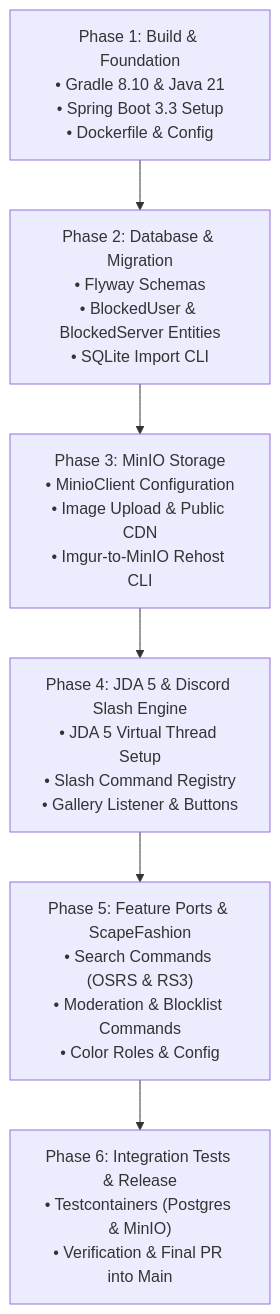
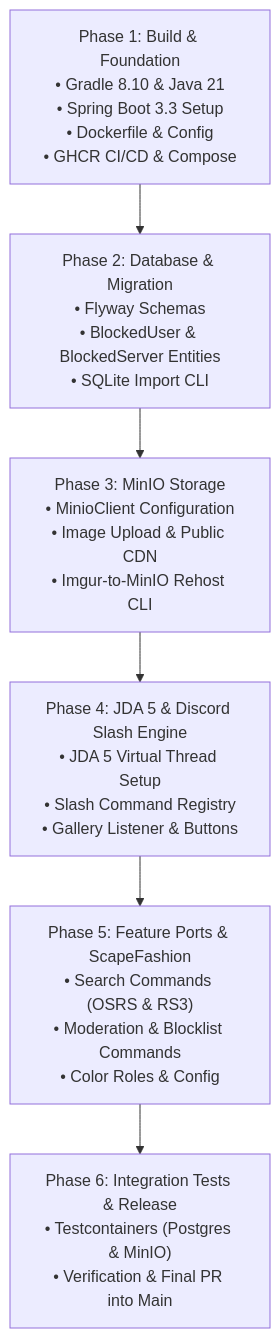
The second of 2 diagrams in docs/v3_architecture_plan.md (Fashionscape/discord-bot), drawn with Mermaid before and after one commit. The commit also changed other lines of this file and 3 other files, not shown here.

Commit message:
feat(v3): add GHCR docker publishing workflow, docker-compose.yml, and update Phase 1 docs

````diff
--- a/docs/v3_architecture_plan.md
+++ b/docs/v3_architecture_plan.md
@@ -176,11 +177,11 @@
 ```mermaid
 flowchart TD
-    P1["Phase 1: Build & Foundation\n• Gradle 8.10 & Java 21\n• Spring Boot 3.3 Setup\n• Dockerfile & Config"]
+    P1["Phase 1: Build & Foundation\n• Gradle 8.10 & Java 21\n• Spring Boot 3.3 Setup\n• Dockerfile & Config\n• GHCR CI/CD & Compose"]
     P2["Phase 2: Database & Migration\n• Flyway Schemas\n• BlockedUser & BlockedServer Entities\n• SQLite Import CLI"]
     P3["Phase 3: MinIO Storage\n• MinioClient Configuration\n• Image Upload & Public CDN\n• Imgur-to-MinIO Rehost CLI"]
     P4["Phase 4: JDA 5 & Discord Slash Engine\n• JDA 5 Virtual Thread Setup\n• Slash Command Registry\n• Gallery Listener & Buttons"]
     P5["Phase 5: Feature Ports & ScapeFashion\n• Search Commands (OSRS & RS3)\n• Moderation & Blocklist Commands\n• Color Roles & Config"]
     P6["Phase 6: Integration Tests & Release\n• Testcontainers (Postgres & MinIO)\n• Verification & Final PR into Main"]
 
     P1 --> P2 --> P3 --> P4 --> P5 --> P6
 ```
````
